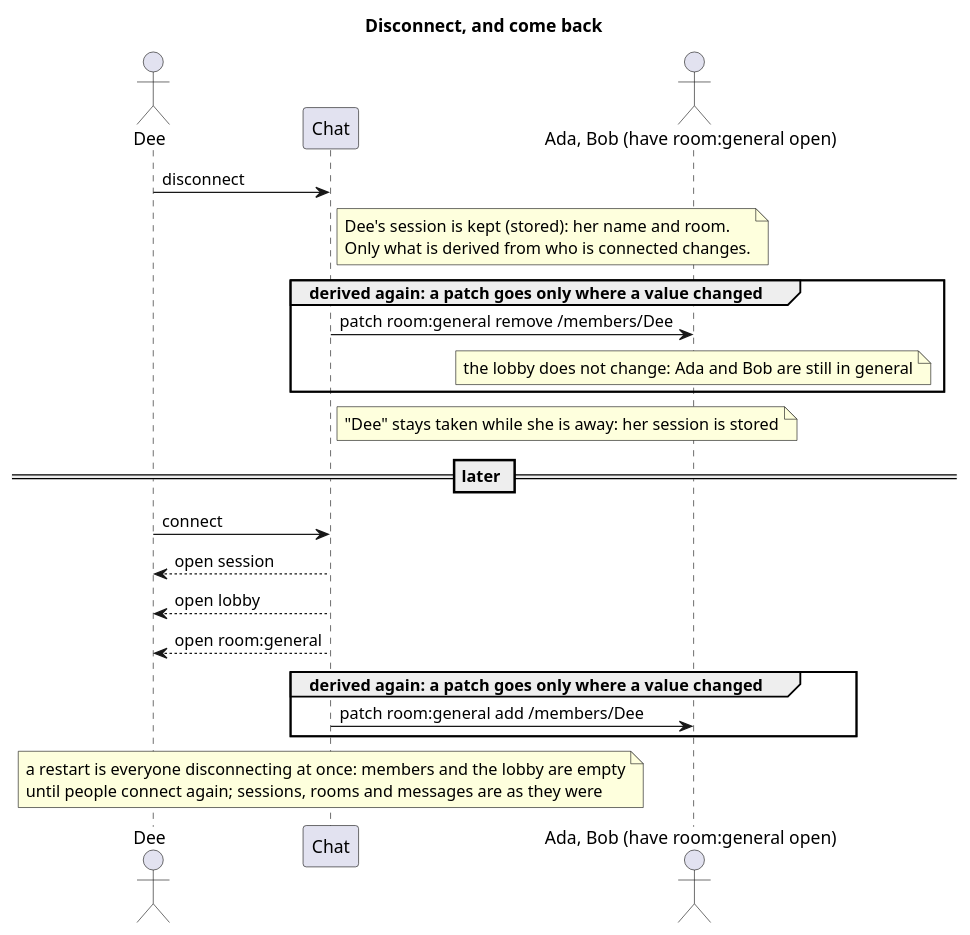
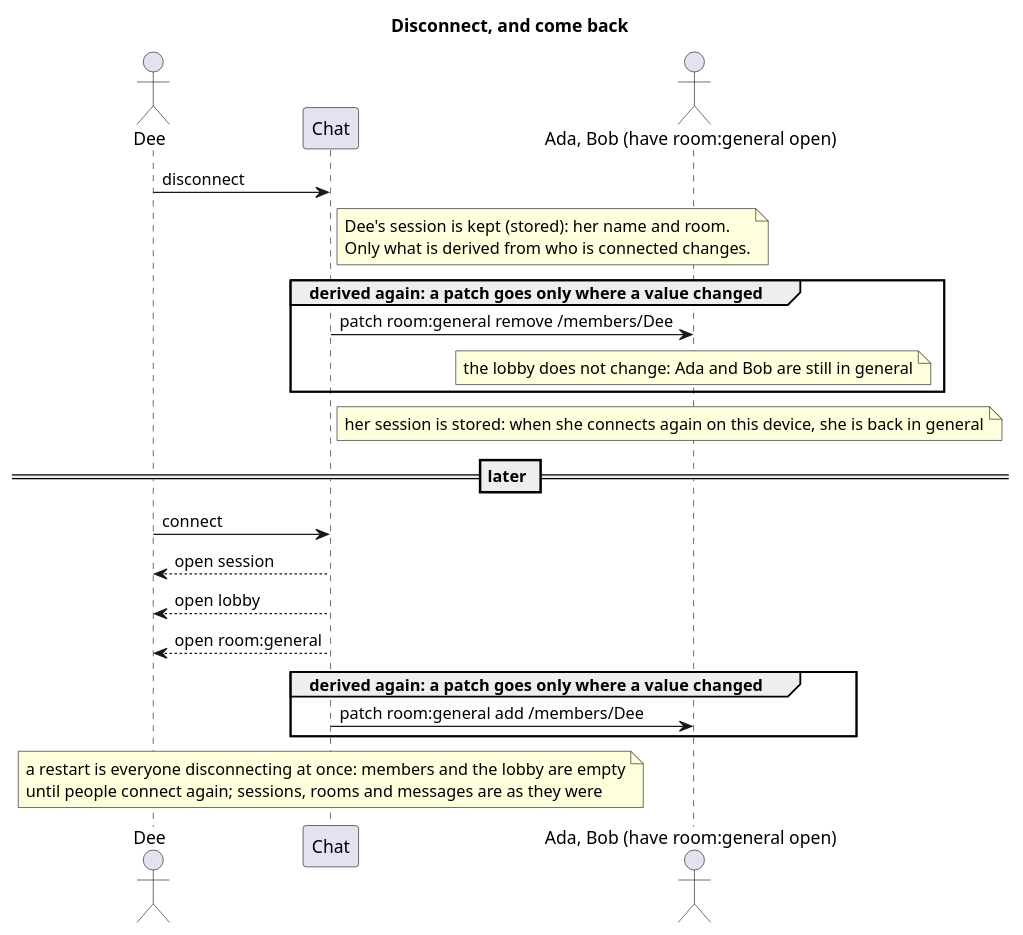
Before and after one commit to blueshed/dzql: the diagram in uml/src/seq-disconnect.puml, drawn with PlantUML. The commit also changed 6 other files, not shown here.

Commit message:
uml: a demo, so a person is self-authenticating -- a person is their name; each device has its own session and room; Dee in two rooms on two devices; logging out ends this device's session only

```diff
--- a/uml/src/seq-disconnect.puml
+++ b/uml/src/seq-disconnect.puml
@@ -1,23 +1,23 @@
 @startuml
 title Disconnect, and come back
 actor "Dee" as dee
 participant "Chat" as app
 actor "Ada, Bob (have room:general open)" as room
 
 dee -> app : disconnect
 note right of app : Dee's session is kept (stored): her name and room.\nOnly what is derived from who is connected changes.
 group derived again: a patch goes only where a value changed
   app -> room : patch room:general remove /members/Dee
   note over room : the lobby does not change: Ada and Bob are still in general
 end
-note right of app : "Dee" stays taken while she is away: her session is stored
+note right of app : her session is stored: when she connects again on this device, she is back in general
 == later ==
 dee -> app : connect
 app --> dee : open session
 app --> dee : open lobby
 app --> dee : open room:general
 group derived again: a patch goes only where a value changed
   app -> room : patch room:general add /members/Dee
 end
 note over app : a restart is everyone disconnecting at once: members and the lobby are empty\nuntil people connect again; sessions, rooms and messages are as they were
 @enduml
```
